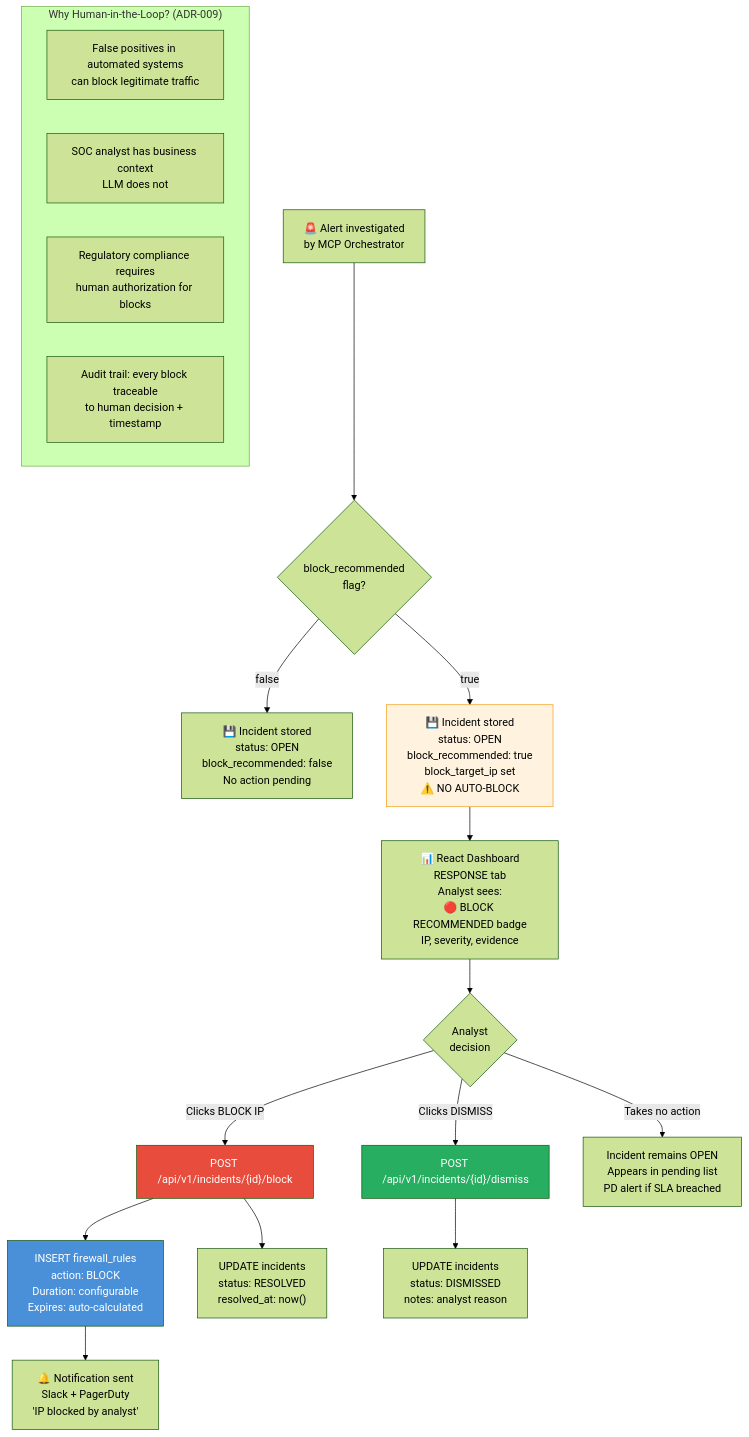
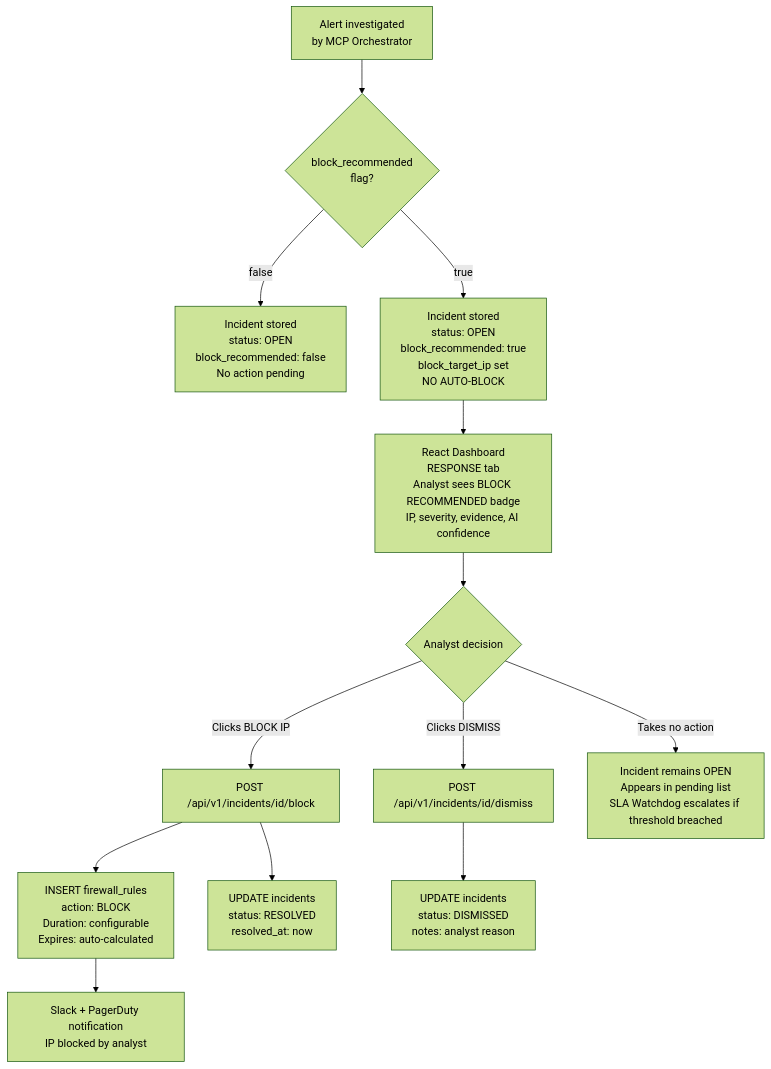
Diagram 12 of 21 in docs/MASTER.md (Skarthik06/cybersentinel-ai), drawn with Mermaid (forest theme) before and after one commit. The commit also changed other lines of this file and 50 other files, not shown here.

````diff
--- a/docs/MASTER.md
+++ b/docs/MASTER.md
@@ -903,37 +827,25 @@
 ```mermaid
 flowchart TD
-    A["🚨 Alert investigated\nby MCP Orchestrator"]
+    A[Alert investigated\nby MCP Orchestrator]
 
     A --> B{block_recommended\nflag?}
 
-    B -->|false| C["💾 Incident stored\nstatus: OPEN\nblock_recommended: false\nNo action pending"]
+    B -->|false| C[Incident stored\nstatus: OPEN\nblock_recommended: false\nNo action pending]
 
-    B -->|true| D["💾 Incident stored\nstatus: OPEN\nblock_recommended: true\nblock_target_ip set\n⚠️ NO AUTO-BLOCK"]
+    B -->|true| D[Incident stored\nstatus: OPEN\nblock_recommended: true\nblock_target_ip set\nNO AUTO-BLOCK]
 
-    D --> E["📊 React Dashboard\nRESPONSE tab\nAnalyst sees:\n🔴 BLOCK RECOMMENDED badge\nIP, severity, evidence"]
+    D --> E[React Dashboard\nRESPONSE tab\nAnalyst sees BLOCK RECOMMENDED badge\nIP, severity, evidence, AI confidence]
 
-    E --> F{Analyst\ndecision}
+    E --> F{Analyst decision}
 
-    F -->|Clicks BLOCK IP| G["POST /api/v1/incidents/{id}/block"]
-    F -->|Clicks DISMISS| H["POST /api/v1/incidents/{id}/dismiss"]
-    F -->|Takes no action| I["Incident remains OPEN\nAppears in pending list\nPD alert if SLA breached"]
+    F -->|Clicks BLOCK IP| G[POST /api/v1/incidents/id/block]
+    F -->|Clicks DISMISS| H[POST /api/v1/incidents/id/dismiss]
+    F -->|Takes no action| I[Incident remains OPEN\nAppears in pending list\nSLA Watchdog escalates if threshold breached]
 
-    G --> J["INSERT firewall_rules\naction: BLOCK\nDuration: configurable\nExpires: auto-calculated"]
-    G --> K["UPDATE incidents\nstatus: RESOLVED\nresolved_at: now()"]
+    G --> J[INSERT firewall_rules\naction: BLOCK\nDuration: configurable\nExpires: auto-calculated]
+    G --> K[UPDATE incidents\nstatus: RESOLVED\nresolved_at: now]
 
-    H --> L["UPDATE incidents\nstatus: DISMISSED\nnotes: analyst reason"]
+    H --> L[UPDATE incidents\nstatus: DISMISSED\nnotes: analyst reason]
 
-    J --> M["🔔 Notification sent\nSlack + PagerDuty\n'IP blocked by analyst'"]
-
-    subgraph WHY["Why Human-in-the-Loop? (ADR-009)"]
-        W1["False positives in automated systems\ncan block legitimate traffic"]
-        W2["SOC analyst has business context\nLLM does not"]
-        W3["Regulatory compliance requires\nhuman authorization for blocks"]
-        W4["Audit trail: every block traceable\nto human decision + timestamp"]
-    end
-
-    style D fill:#fff3e0,stroke:#f39c12
-    style G fill:#e74c3c,color:#fff
-    style H fill:#27ae60,color:#fff
-    style J fill:#4a90d9,color:#fff
+    J --> M[Slack + PagerDuty notification\nIP blocked by analyst]
 ```
````
